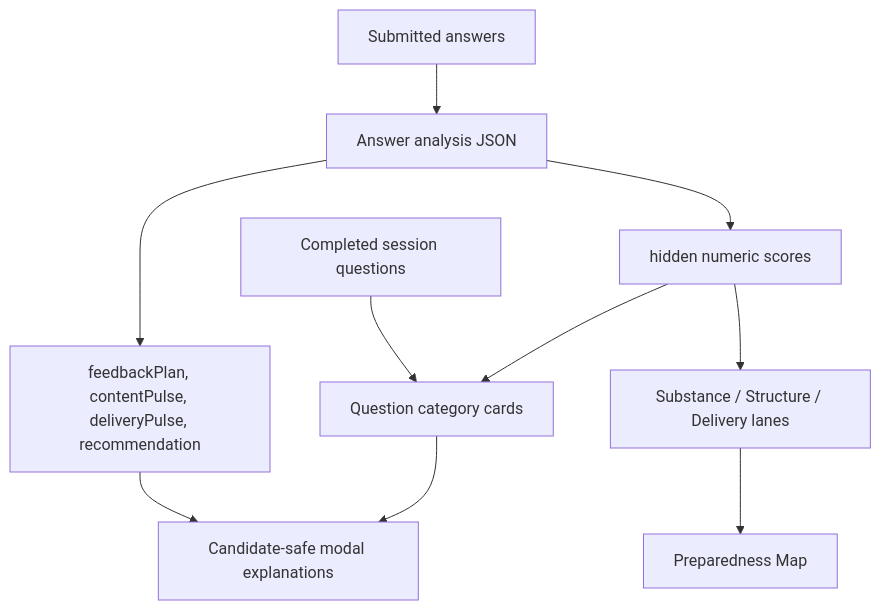
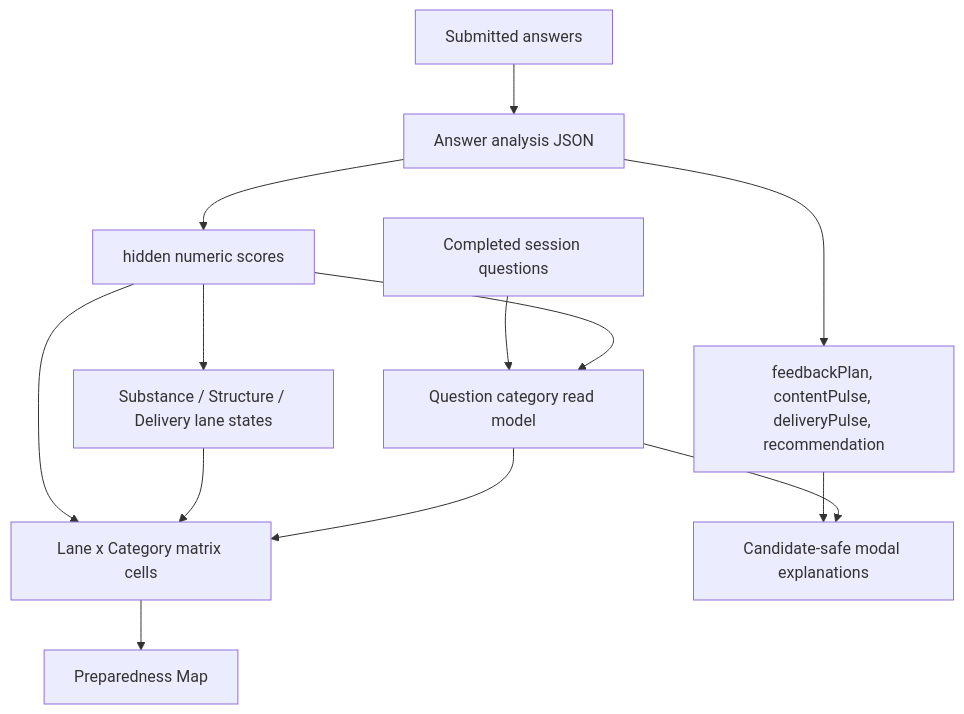
One commit to fusbox/Interview-Coach changed the first of 2 diagrams in docs/candidate-app/04-architecture/preparedness-signal-map.md. Above: the diagram before and after it, drawn with Mermaid. The commit also changed other lines of this file and 8 other files, not shown here.

````diff
--- a/docs/candidate-app/04-architecture/preparedness-signal-map.md
+++ b/docs/candidate-app/04-architecture/preparedness-signal-map.md
@@ -21,15 +21,18 @@
 ```mermaid
 ---
 id: 79184746-7eb1-4100-b297-7557dbef5efc
 ---
 flowchart TD
-    Questions[Completed session questions] --> CategoryCards[Question category cards]
+    Questions[Completed session questions] --> CategoryCards[Question category read model]
     Answers[Submitted answers] --> Analysis[Answer analysis JSON]
     Analysis --> Scores[hidden numeric scores]
-    Scores --> Lanes[Substance / Structure / Delivery lanes]
+    Scores --> Lanes[Substance / Structure / Delivery lane states]
     Scores --> CategoryCards
+    Scores --> Matrix[Lane x Category matrix cells]
     Analysis --> Feedback[feedbackPlan, contentPulse, deliveryPulse, recommendation]
     Feedback --> Modal[Candidate-safe modal explanations]
     CategoryCards --> Modal
-    Lanes --> Map[Preparedness Map]
+    Lanes --> Matrix
+    CategoryCards --> Matrix
+    Matrix --> Map[Preparedness Map]
 ```
````
